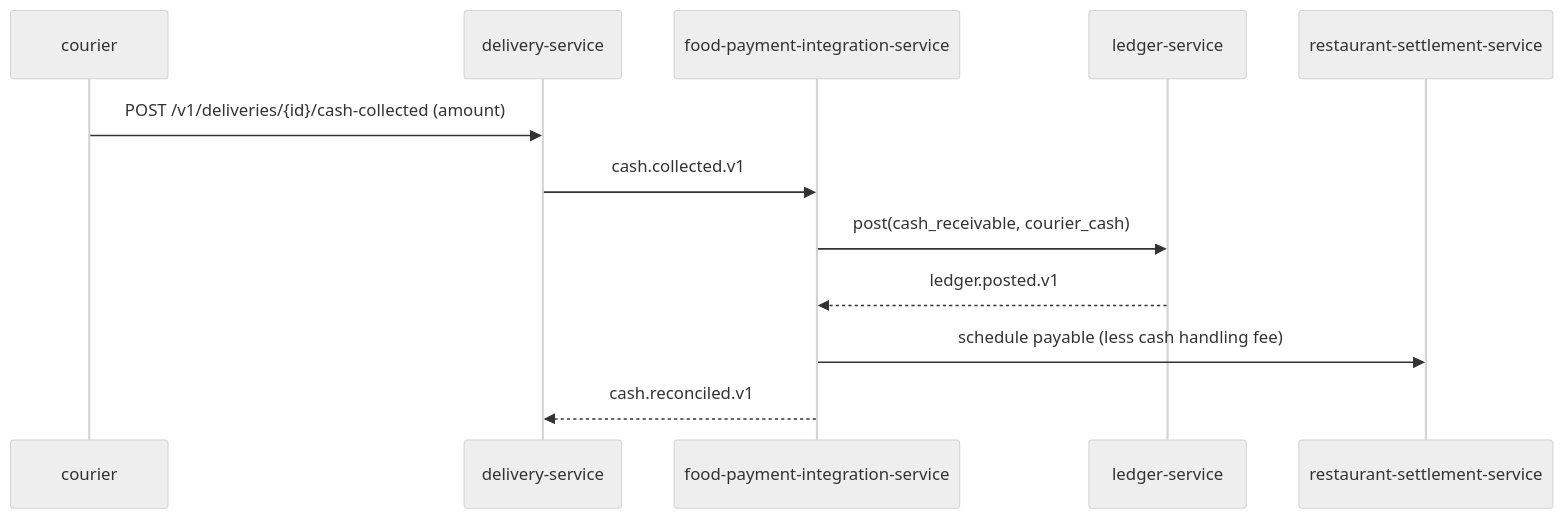
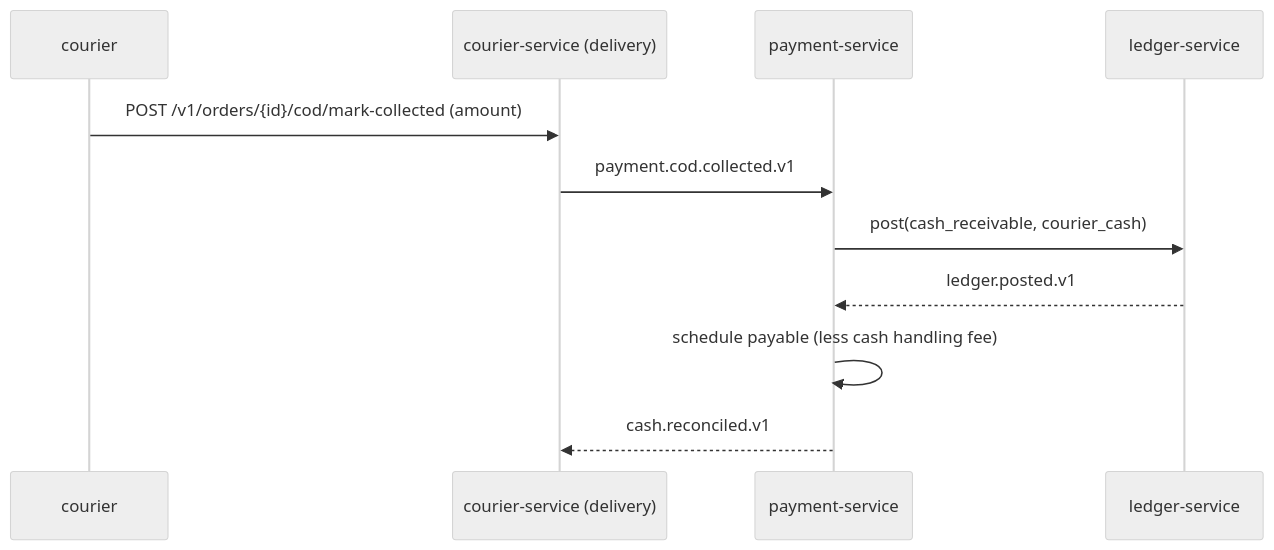
One commit to mohamedhabibwork/trips-enjoy-docs changed the third of 9 diagrams in docs/workflows/PAYMENT_WORKFLOWS.md. Above: the diagram before and after it, drawn with Mermaid (neutral theme). The commit also changed other lines of this file and 525 other files, not shown here.

````diff
--- a/docs/workflows/PAYMENT_WORKFLOWS.md
+++ b/docs/workflows/PAYMENT_WORKFLOWS.md
@@ -78,15 +80,14 @@
 ```mermaid
 sequenceDiagram
     participant CR as courier
-    participant DLV as delivery-service
-    participant FPI as food-payment-integration-service
+    participant COS as courier-service (delivery)
+    participant PAY as payment-service
     participant LD as ledger-service
-    participant RSM as restaurant-settlement-service
 
-    CR->>DLV: POST /v1/deliveries/{id}/cash-collected (amount)
-    DLV->>FPI: cash.collected.v1
-    FPI->>LD: post(cash_receivable, courier_cash)
-    LD-->>FPI: ledger.posted.v1
-    FPI->>RSM: schedule payable (less cash handling fee)
-    FPI-->>DLV: cash.reconciled.v1
+    CR->>COS: POST /v1/orders/{id}/cod/mark-collected (amount)
+    COS->>PAY: payment.cod.collected.v1
+    PAY->>LD: post(cash_receivable, courier_cash)
+    LD-->>PAY: ledger.posted.v1
+    PAY->>PAY: schedule payable (less cash handling fee)
+    PAY-->>COS: cash.reconciled.v1
 ```
````
